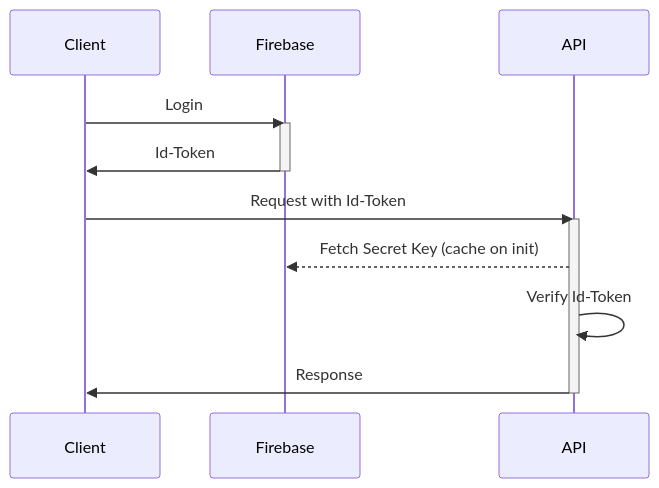
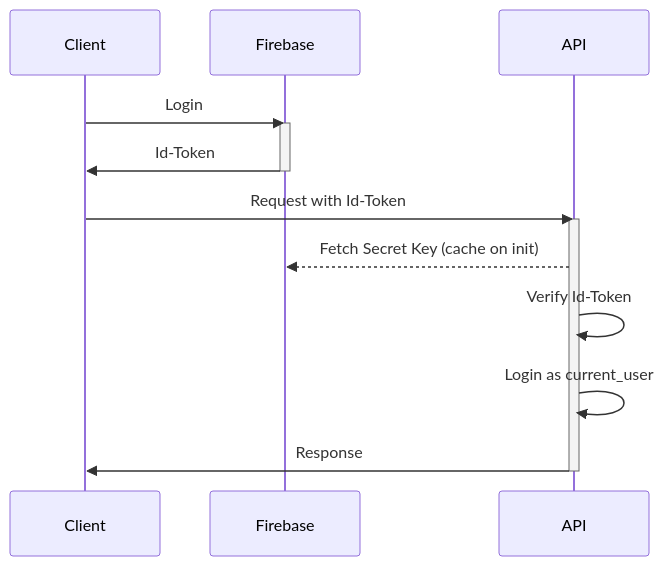
The diagram in docs/designs/auth.md (yuya-okada527/re-music), drawn with Mermaid before and after one commit. The commit also changed other lines of this file, not shown here.

````diff
--- a/docs/designs/auth.md
+++ b/docs/designs/auth.md
@@ -18,21 +18,22 @@
 ```mermaid
 sequenceDiagram
   # Participant
   participant Client
   participant Firebase
   participant API
 
   # Login
   Client ->> Firebase: Login
   activate Firebase
   Firebase ->> Client: Id-Token
   deactivate Firebase
 
   # API Call
   Client ->> API: Request with Id-Token
   activate API
   API -->> Firebase: Fetch Secret Key (cache on init)
   API ->> API: Verify Id-Token
+  API ->> API: Login as current_user
   API ->> Client: Response
   deactivate API
 ```
````
